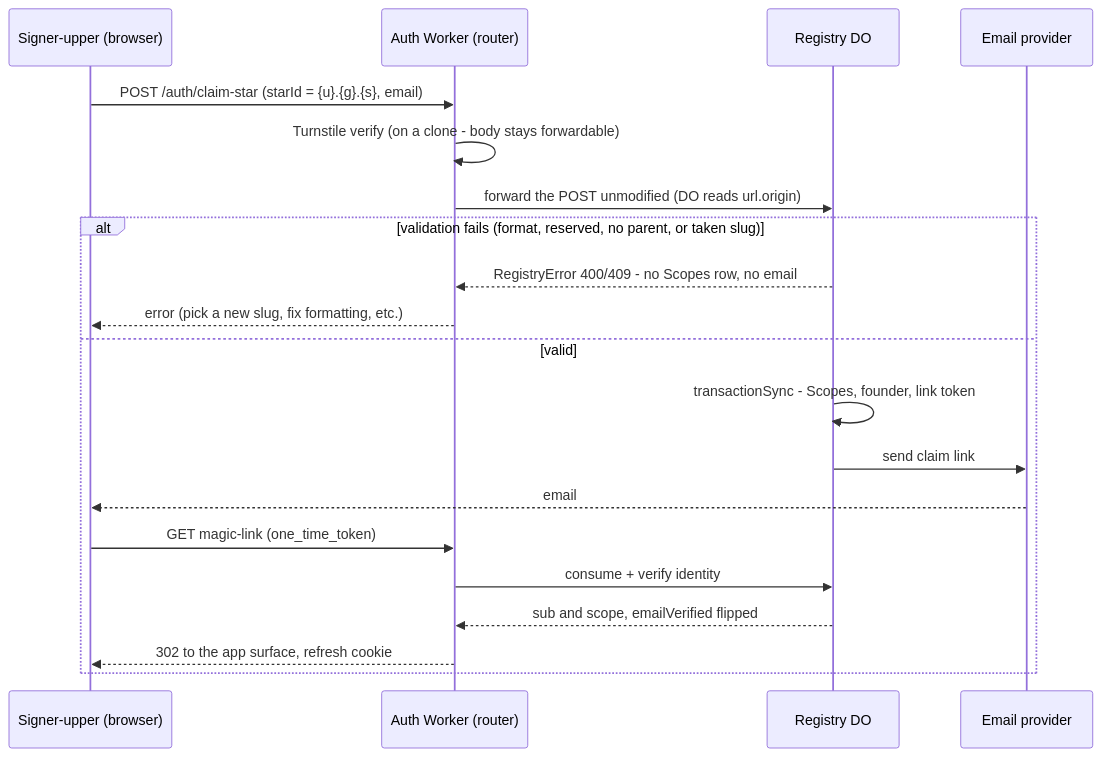
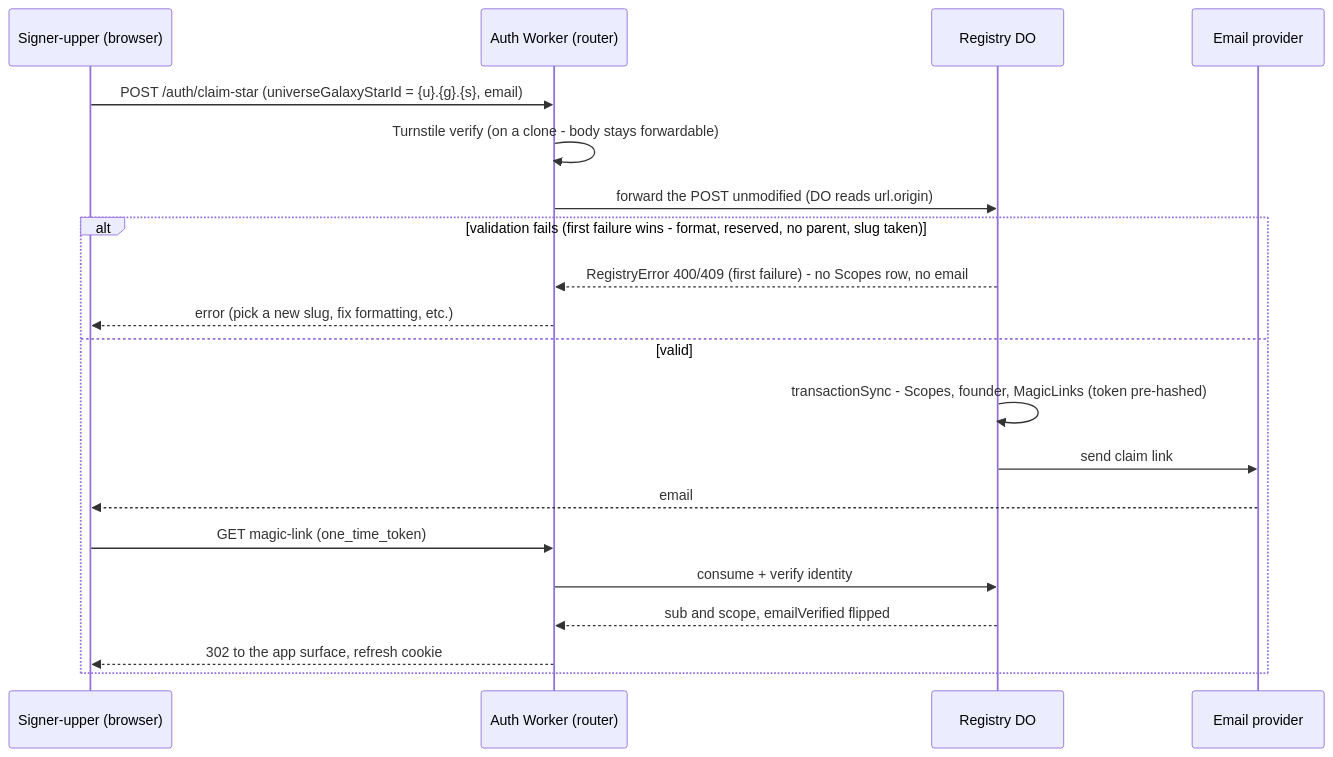
The diagram in tasks/nebula-star-founder-provisioning.md (lumenize/lumenize), drawn with Mermaid before and after one commit. The commit also changed other lines of this file and 7 other files, not shown here.

First line of the commit message:
docs: star-founder Phase 1 as-built; inventories anchor on structure

````diff
--- a/tasks/nebula-star-founder-provisioning.md
+++ b/tasks/nebula-star-founder-provisioning.md
@@ -45,22 +45,22 @@
 ```mermaid
 sequenceDiagram
     participant U as Signer-upper (browser)
     participant W as Auth Worker (router)
     participant R as Registry DO
     participant M as Email provider
-    U->>W: POST /auth/claim-star (starId = {u}.{g}.{s}, email)
+    U->>W: POST /auth/claim-star (universeGalaxyStarId = {u}.{g}.{s}, email)
     W->>W: Turnstile verify (on a clone - body stays forwardable)
     W->>R: forward the POST unmodified (DO reads url.origin)
-    alt validation fails (format, reserved, no parent, or taken slug)
-        R-->>W: RegistryError 400/409 - no Scopes row, no email
+    alt validation fails (first failure wins - format, reserved, no parent, slug taken)
+        R-->>W: RegistryError 400/409 (first failure) - no Scopes row, no email
         W-->>U: error (pick a new slug, fix formatting, etc.)
     else valid
-        R->>R: transactionSync - Scopes, founder, link token
+        R->>R: transactionSync - Scopes, founder, MagicLinks (token pre-hashed)
         R->>M: send claim link
         M-->>U: email
         U->>W: GET magic-link (one_time_token)
         W->>R: consume + verify identity
         R-->>W: sub and scope, emailVerified flipped
         W-->>U: 302 to the app surface, refresh cookie
     end
 ```
````
